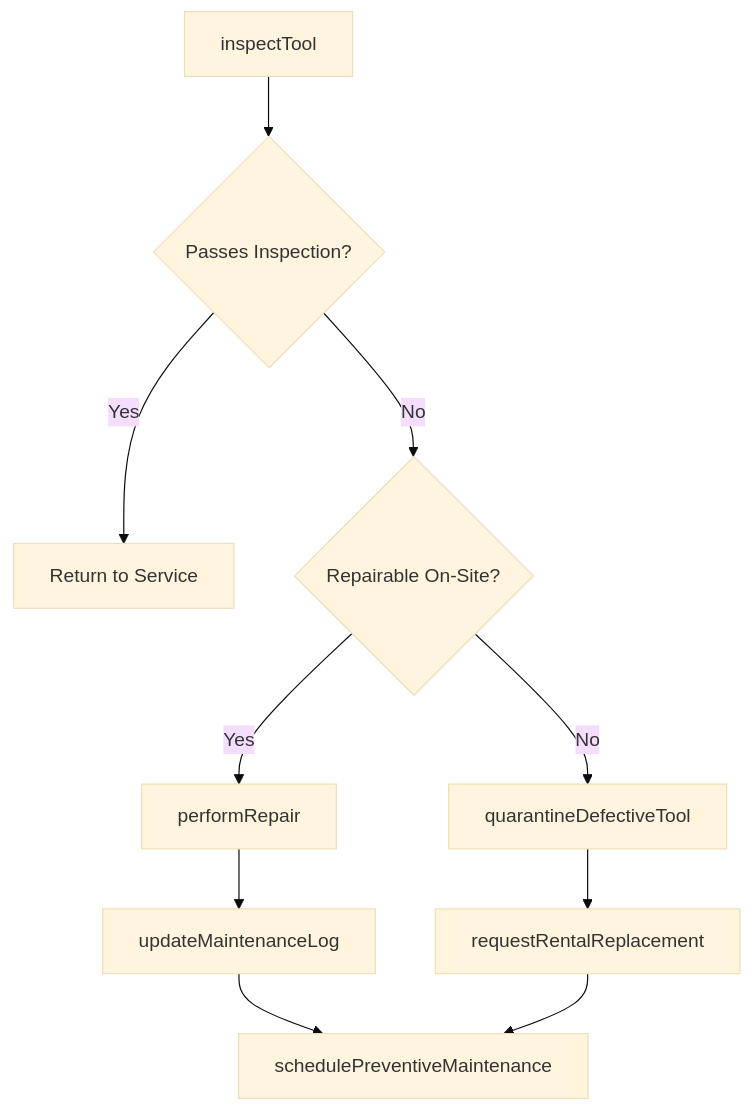
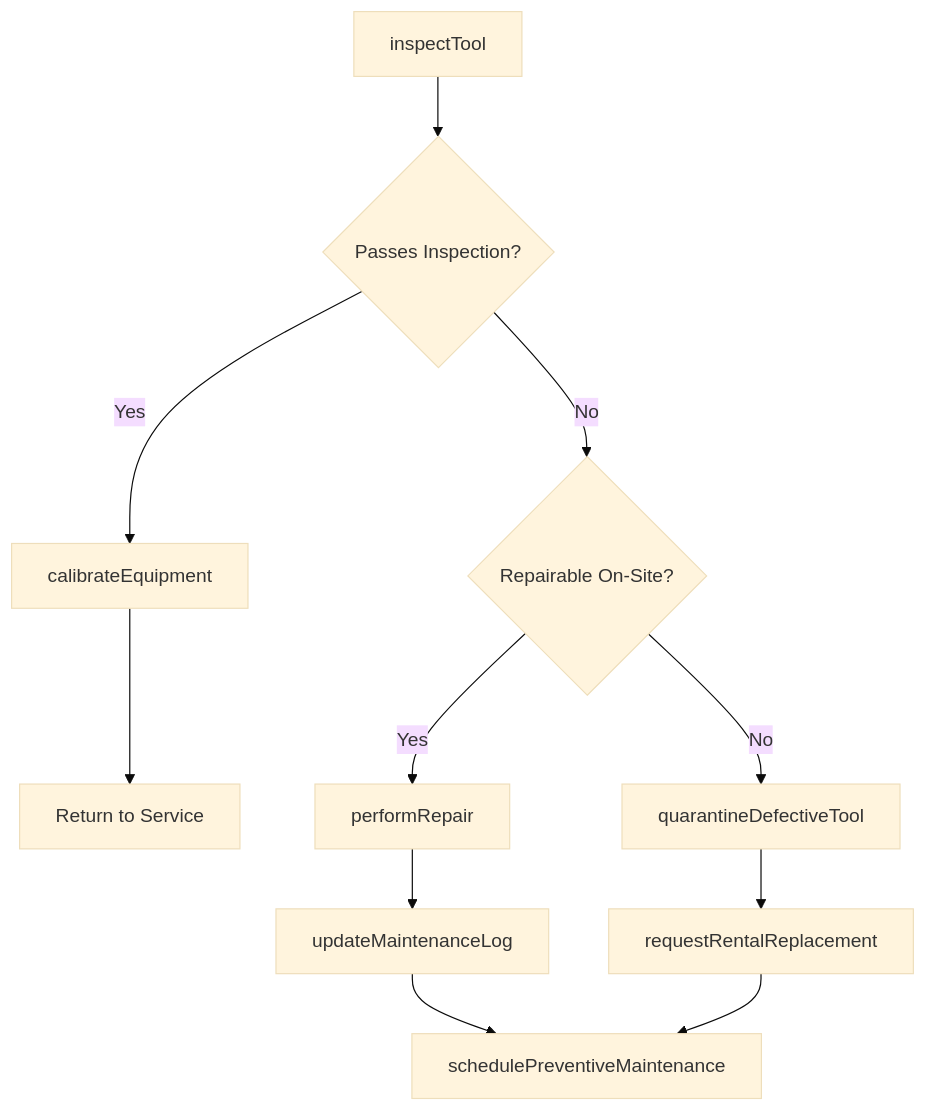
The third of 4 diagrams in RepairingAndMaintainingMechanicalEquipment/MaintainToolsOrEquipment/MaintainConstructionToolsEquipment.mdx (dot-org-ai/tasks.org.ai), drawn with Mermaid (base theme) before and after one commit. The commit also changed other lines of this file and 504 other files, not shown here.

First line of the commit message:
feat: Add ER diagrams, state diagrams, and workflow improvements to 96 DWA task files

````diff
--- a/RepairingAndMaintainingMechanicalEquipment/MaintainToolsOrEquipment/MaintainConstructionToolsEquipment.mdx
+++ b/RepairingAndMaintainingMechanicalEquipment/MaintainToolsOrEquipment/MaintainConstructionToolsEquipment.mdx
@@ -88,12 +121,13 @@
 ```mermaid
 graph TD
     A[inspectTool] --> B{Passes Inspection?}
-    B -->|Yes| C[Return to Service]
-    B -->|No| D{Repairable On-Site?}
-    D -->|Yes| E[performRepair]
-    D -->|No| F[quarantineDefectiveTool]
-    F --> G[requestRentalReplacement]
-    E --> H[updateMaintenanceLog]
-    H --> I[schedulePreventiveMaintenance]
-    G --> I
+    B -->|Yes| C[calibrateEquipment]
+    C --> D[Return to Service]
+    B -->|No| E{Repairable On-Site?}
+    E -->|Yes| F[performRepair]
+    E -->|No| G[quarantineDefectiveTool]
+    G --> H[requestRentalReplacement]
+    F --> I[updateMaintenanceLog]
+    I --> J[schedulePreventiveMaintenance]
+    H --> J
 ```
````
